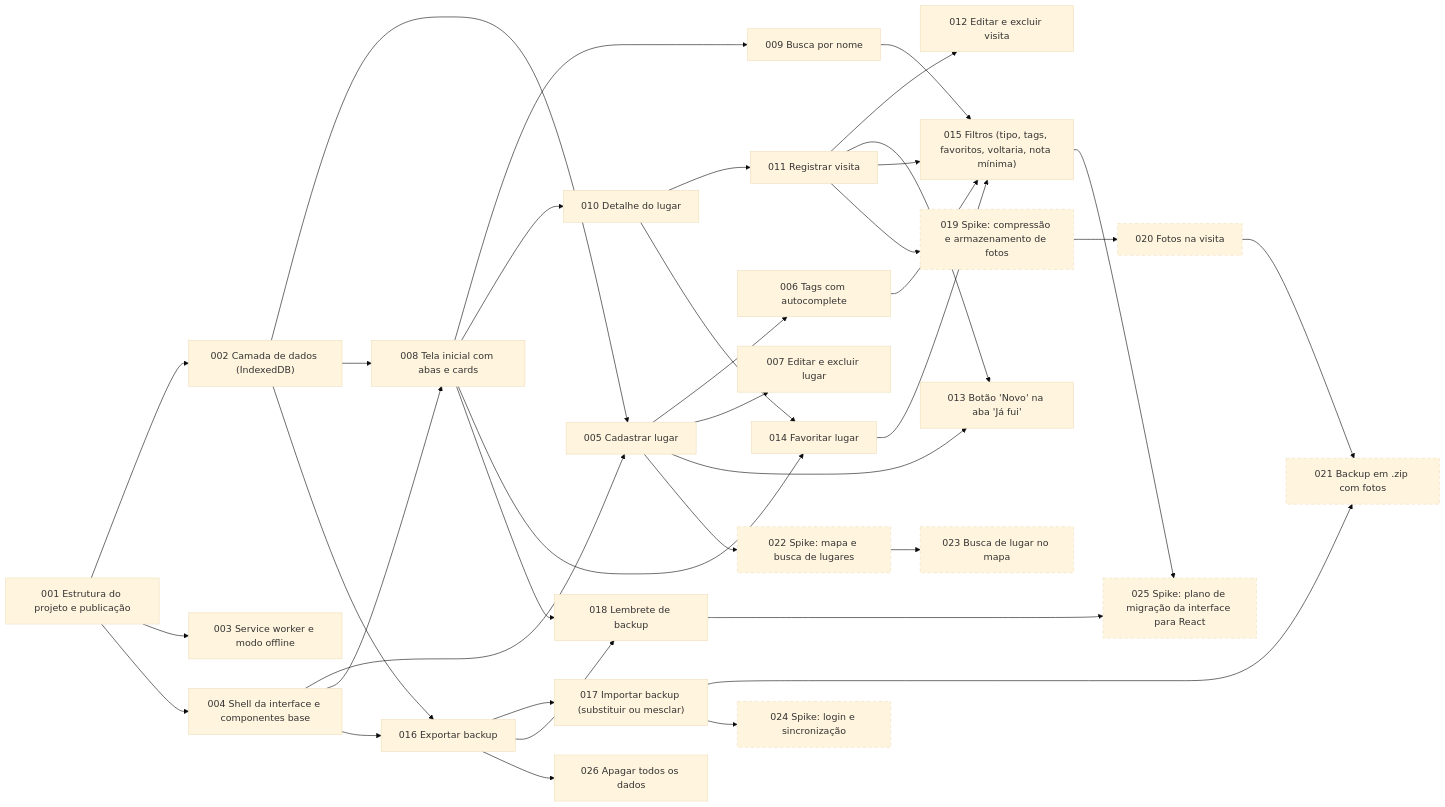
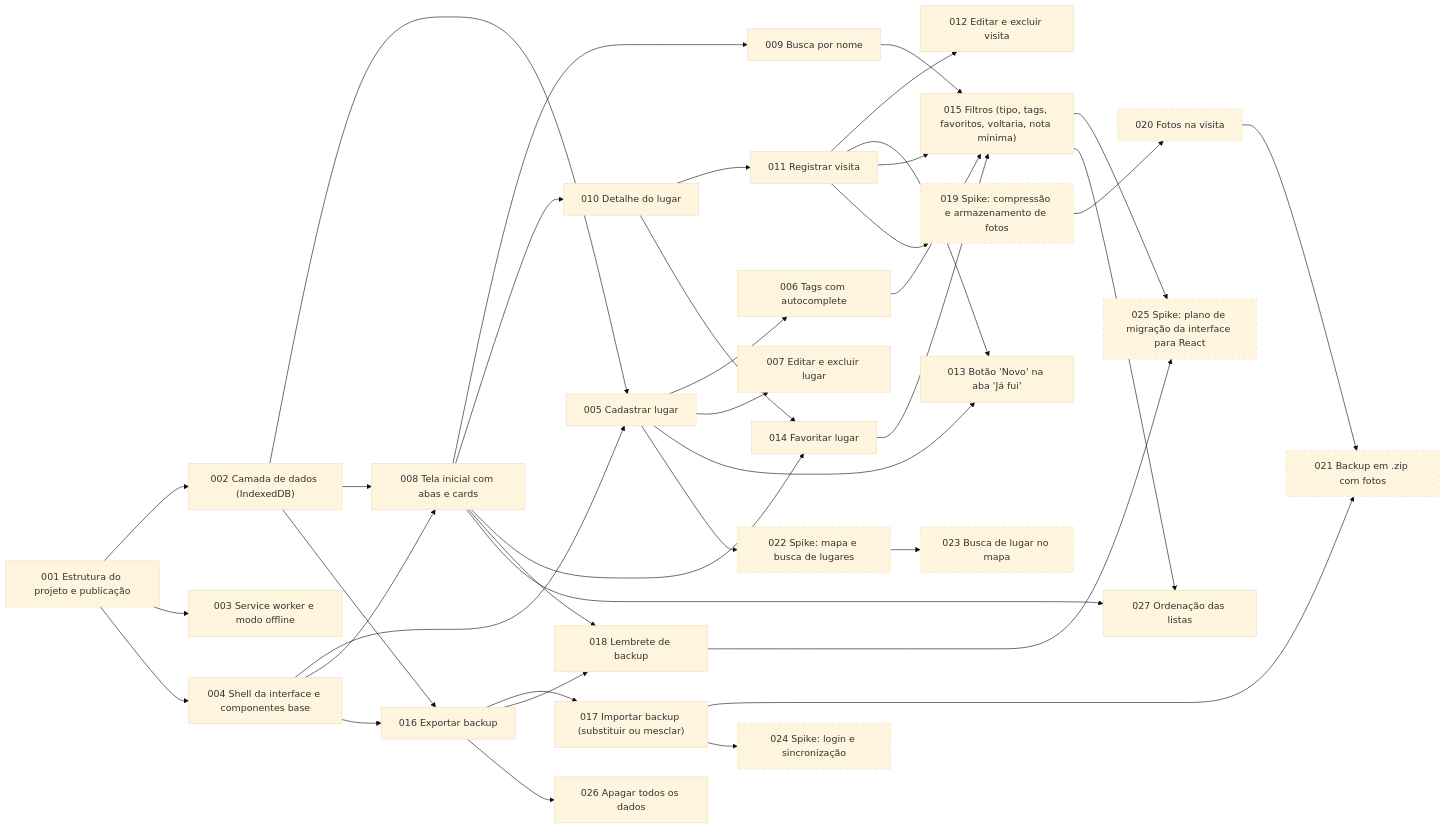
The diagram in docs/cards/_index.md (thalesAlves758/spot-diary), drawn with Mermaid (base theme) before and after one commit. The commit also changed other lines of this file and 3 other files, not shown here.

First line of the commit message:
docs: refinamento e card da ordenação das listas (RF19, CARD-027)

````diff
--- a/docs/cards/_index.md
+++ b/docs/cards/_index.md
@@ -66,67 +68,70 @@
 ```mermaid
 flowchart LR
     C001["001 Estrutura do projeto e publicação"]
     C002["002 Camada de dados (IndexedDB)"]
     C003["003 Service worker e modo offline"]
     C004["004 Shell da interface e componentes base"]
     C005["005 Cadastrar lugar"]
     C006["006 Tags com autocomplete"]
     C007["007 Editar e excluir lugar"]
     C008["008 Tela inicial com abas e cards"]
     C009["009 Busca por nome"]
     C010["010 Detalhe do lugar"]
     C011["011 Registrar visita"]
     C012["012 Editar e excluir visita"]
     C013["013 Botão 'Novo' na aba 'Já fui'"]
     C014["014 Favoritar lugar"]
     C015["015 Filtros (tipo, tags, favoritos, voltaria, nota mínima)"]
     C016["016 Exportar backup"]
     C017["017 Importar backup (substituir ou mesclar)"]
     C018["018 Lembrete de backup"]
     C019["019 Spike: compressão e armazenamento de fotos"]
     C020["020 Fotos na visita"]
     C021["021 Backup em .zip com fotos"]
     C022["022 Spike: mapa e busca de lugares"]
     C023["023 Busca de lugar no mapa"]
     C024["024 Spike: login e sincronização"]
     C025["025 Spike: plano de migração da interface para React"]
     C026["026 Apagar todos os dados"]
+    C027["027 Ordenação das listas"]
     C001 --> C002
     C001 --> C003
     C001 --> C004
     C002 --> C005
     C004 --> C005
     C005 --> C006
     C005 --> C007
     C002 --> C008
     C004 --> C008
     C008 --> C009
     C008 --> C010
     C010 --> C011
     C011 --> C012
     C005 --> C013
     C011 --> C013
     C008 --> C014
     C010 --> C014
     C006 --> C015
     C009 --> C015
     C011 --> C015
     C014 --> C015
     C002 --> C016
     C004 --> C016
     C016 --> C017
     C008 --> C018
     C016 --> C018
     C011 --> C019
     C019 --> C020
     C017 --> C021
     C020 --> C021
     C005 --> C022
     C022 --> C023
     C017 --> C024
     C015 --> C025
     C018 --> C025
     C016 --> C026
+    C008 --> C027
+    C015 --> C027
     classDef depois stroke-dasharray: 5 5
     class C019,C020,C021,C022,C023,C024,C025 depois
 ```
````
